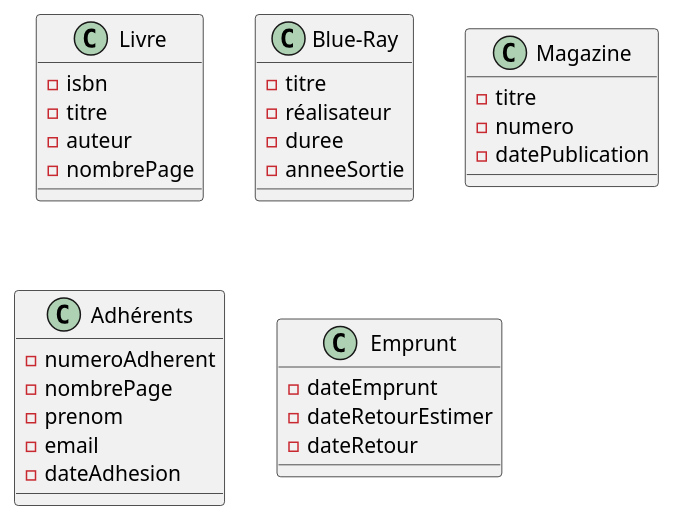
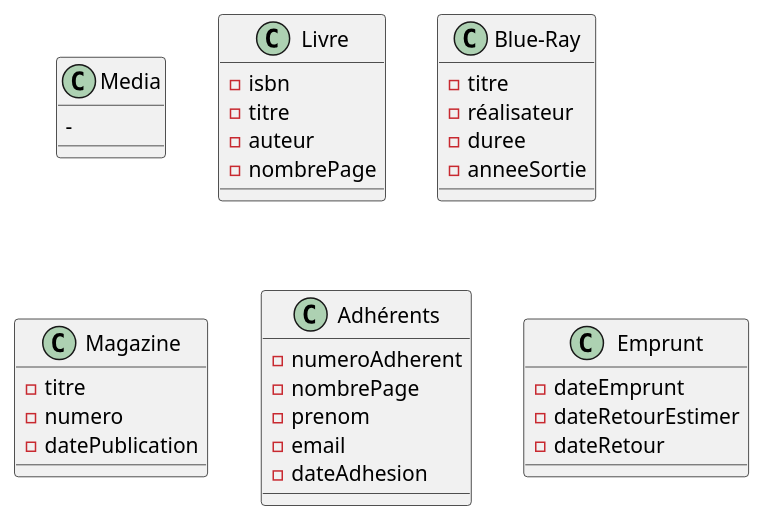
Before and after one commit to lucasbleau/php: the diagram in php/php-bibliotheque/diagramme/Diagramme de classe.puml, drawn with PlantUML.

```diff
--- a/php/php-bibliotheque/diagramme/Diagramme de classe.puml
+++ b/php/php-bibliotheque/diagramme/Diagramme de classe.puml
@@ -1,38 +1,42 @@
 @startuml
+
+class Media {
+-
+}
 
 class Livre {
 - isbn
 - titre
 - auteur
 - nombrePage
 }
 
 class Blue-Ray {
 - titre
 - réalisateur
 - duree
 - anneeSortie
 }
 
 class Magazine {
 - titre
 - numero
 - datePublication
 }
 
 class Adhérents {
 - numeroAdherent
 - nombrePage
 - prenom
 - email
 - dateAdhesion
 }
 
 class Emprunt {
 - dateEmprunt
 - dateRetourEstimer
 - dateRetour
 
 }
 
 @enduml
```
